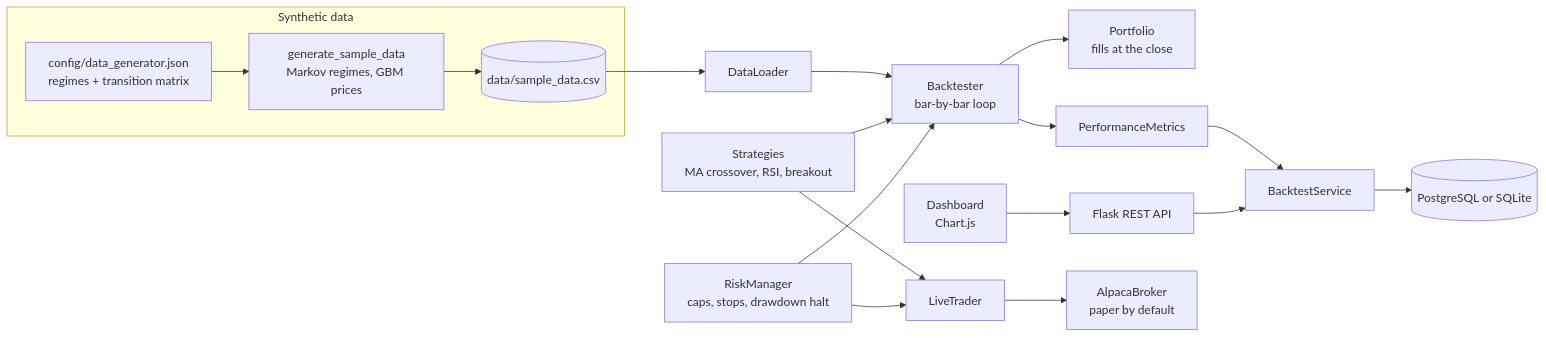
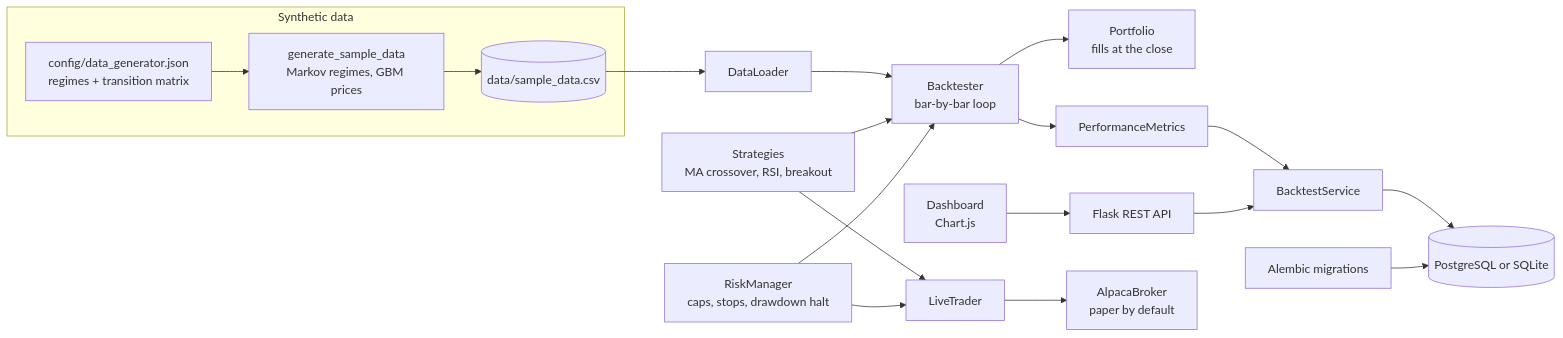
One commit to lokaz-c/quant changed the diagram in README.md. Above: the diagram before and after it, drawn with Mermaid. The commit also changed other lines of this file and 2 other files, not shown here.

First line of the commit message:
Docs: schema and migrations (docs/database.md), README, API formats

````diff
--- a/README.md
+++ b/README.md
@@ -11,20 +11,21 @@
 ```mermaid
 flowchart LR
     subgraph data["Synthetic data"]
         cfg["config/data_generator.json<br/>regimes + transition matrix"] --> gen["generate_sample_data<br/>Markov regimes, GBM prices"]
         gen --> csv[("data/sample_data.csv")]
     end
     csv --> loader["DataLoader"]
     loader --> engine["Backtester<br/>bar-by-bar loop"]
     strategies["Strategies<br/>MA crossover, RSI, breakout"] --> engine
     risk["RiskManager<br/>caps, stops, drawdown halt"] --> engine
     engine --> portfolio["Portfolio<br/>fills at the close"]
     engine --> metrics["PerformanceMetrics"]
     metrics --> service["BacktestService"]
     service --> db[("PostgreSQL or SQLite")]
+    migrations["Alembic migrations"] --> db
     api["Flask REST API"] --> service
     ui["Dashboard<br/>Chart.js"] --> api
     strategies --> trader["LiveTrader"]
     risk --> trader
     trader --> broker["AlpacaBroker<br/>paper by default"]
 ```
````
